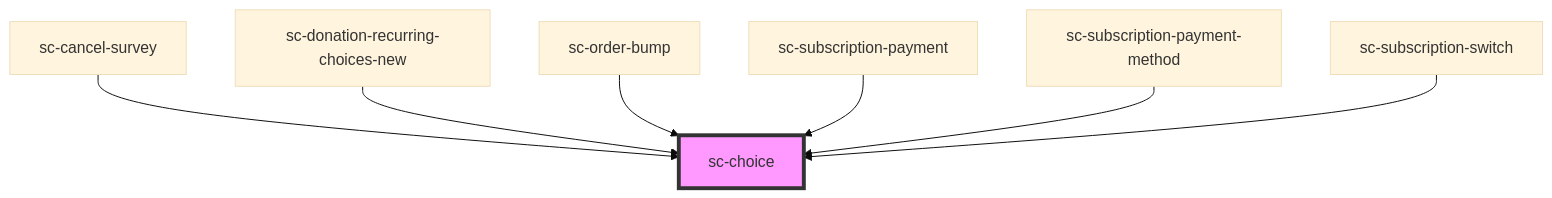
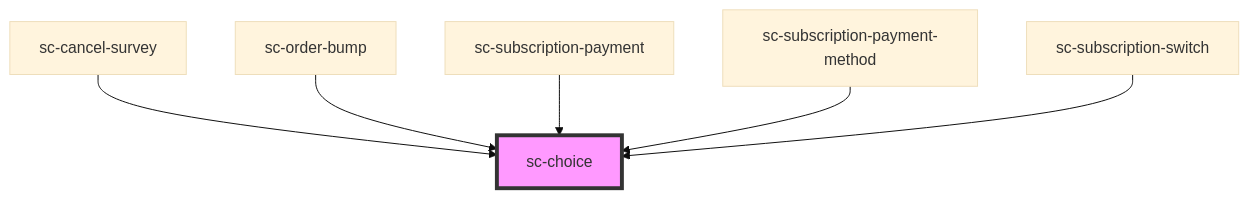
One commit to surecart/surecart-wp-plugin changed the diagram in packages/components/src/components/ui/choice/readme.md. Above: the diagram before and after it, drawn with Mermaid (base theme). The commit also changed other lines of this file and 32 other files, not shown here.

````diff
--- a/packages/components/src/components/ui/choice/readme.md
+++ b/packages/components/src/components/ui/choice/readme.md
@@ -102,10 +101,9 @@
 ```mermaid
 graph TD;
   sc-cancel-survey --> sc-choice
-  sc-donation-recurring-choices-new --> sc-choice
   sc-order-bump --> sc-choice
   sc-subscription-payment --> sc-choice
   sc-subscription-payment-method --> sc-choice
   sc-subscription-switch --> sc-choice
   style sc-choice fill:#f9f,stroke:#333,stroke-width:4px
 ```
````
